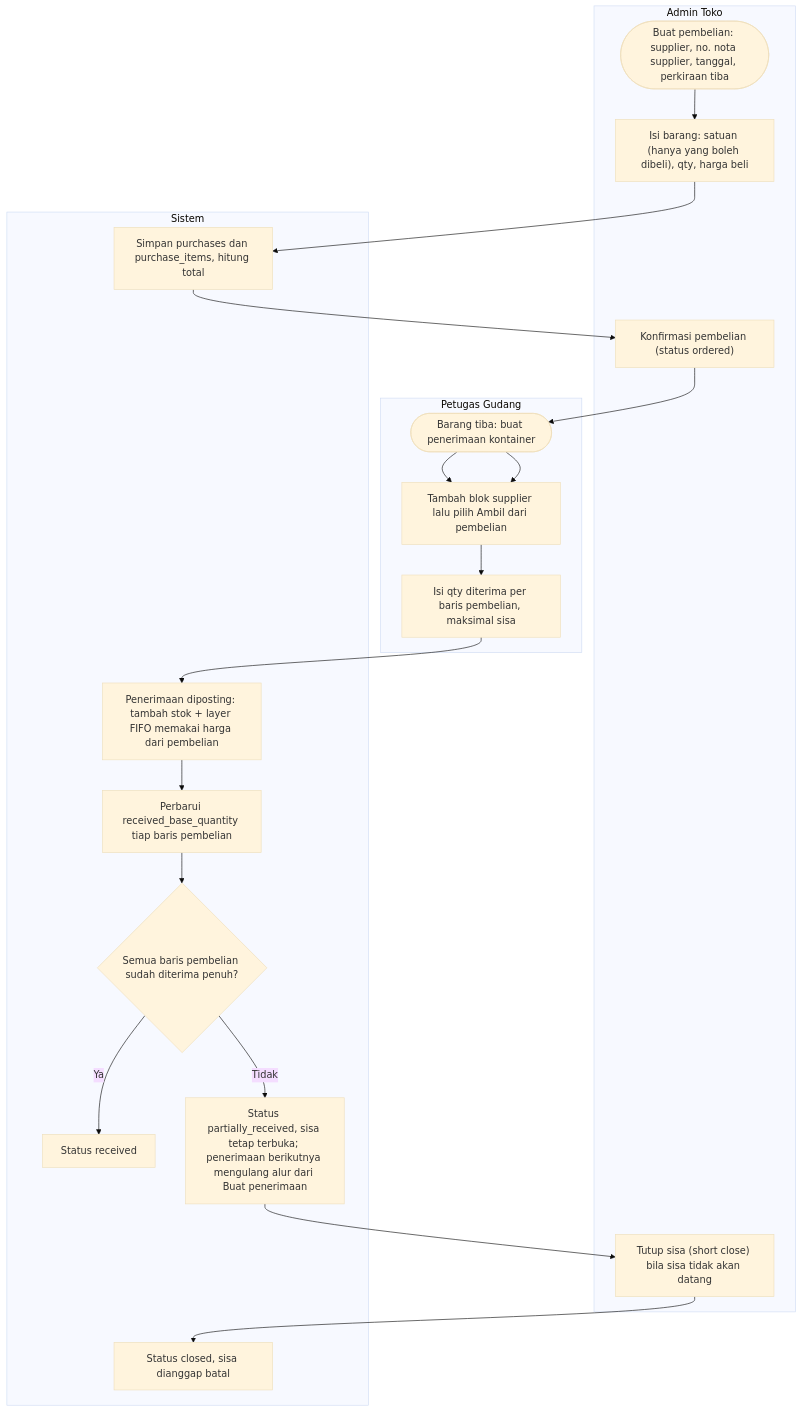
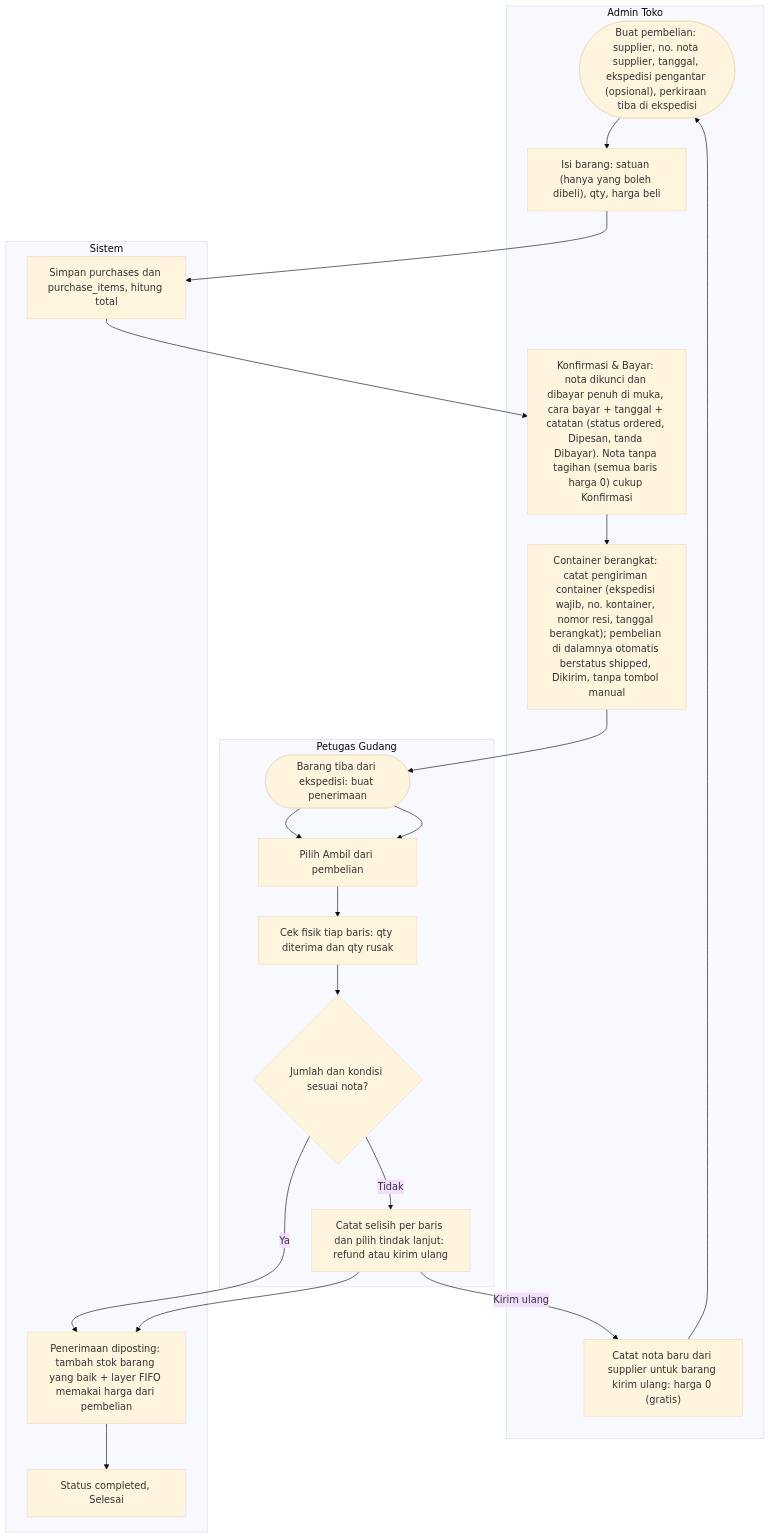
Before and after one commit to aliefpraditya/store-management: diagram 13 of 30 in docs/analisis-sistem.md, drawn with Mermaid (base theme). The commit also changed other lines of this file and 60 other files, not shown here.

First line of the commit message:
Add carriers, supplier details, purchase payment and a simpler purchase status flow

````diff
--- a/docs/analisis-sistem.md
+++ b/docs/analisis-sistem.md
@@ -762,27 +762,27 @@
 ```mermaid
 flowchart TD
     subgraph ADM["Admin Toko"]
-        A1(["Buat pembelian: supplier, no. nota supplier, tanggal, perkiraan tiba"]) --> A2["Isi barang: satuan (hanya yang boleh dibeli), qty, harga beli"]
-        A3["Konfirmasi pembelian (status ordered)"]
-        A9["Tutup sisa (short close) bila sisa tidak akan datang"]
+        A1(["Buat pembelian: supplier, no. nota supplier, tanggal, ekspedisi pengantar (opsional), perkiraan tiba di ekspedisi"]) --> A2["Isi barang: satuan (hanya yang boleh dibeli), qty, harga beli"]
+        A3["Konfirmasi & Bayar: nota dikunci dan dibayar penuh di muka, cara bayar + tanggal + catatan (status ordered, Dipesan, tanda Dibayar). Nota tanpa tagihan (semua baris harga 0) cukup Konfirmasi"]
+        A4["Container berangkat: catat pengiriman container (ekspedisi wajib, no. kontainer, nomor resi, tanggal berangkat); pembelian di dalamnya otomatis berstatus shipped, Dikirim, tanpa tombol manual"]
+        A9["Catat nota baru dari supplier untuk barang kirim ulang: harga 0 (gratis)"]
     end
     subgraph GD["Petugas Gudang"]
-        G1(["Barang tiba: buat penerimaan kontainer"]) --> G2["Tambah blok supplier lalu pilih Ambil dari pembelian"]
-        G3["Isi qty diterima per baris pembelian, maksimal sisa"]
+        G1(["Barang tiba dari ekspedisi: buat penerimaan"]) --> G2["Pilih Ambil dari pembelian"]
+        G3["Cek fisik tiap baris: qty diterima dan qty rusak"]
+        G4{"Jumlah dan kondisi sesuai nota?"}
+        G5["Catat selisih per baris dan pilih tindak lanjut: refund atau kirim ulang"]
     end
     subgraph SYS["Sistem"]
         S1["Simpan purchases dan purchase_items, hitung total"]
-        S2["Penerimaan diposting: tambah stok + layer FIFO memakai harga dari pembelian"]
-        S3["Perbarui received_base_quantity tiap baris pembelian"]
-        S4{"Semua baris pembelian sudah diterima penuh?"}
-        S5["Status received"]
-        S6["Status partially_received, sisa tetap terbuka; penerimaan berikutnya mengulang alur dari Buat penerimaan"]
-        S7["Status closed, sisa dianggap batal"]
+        S2["Penerimaan diposting: tambah stok barang yang baik + layer FIFO memakai harga dari pembelian"]
+        S3["Status completed, Selesai"]
     end
     A2 --> S1 --> A3
-    A3 --> G1
-    G1 --> G2 --> G3 --> S2 --> S3 --> S4
-    S4 -->|"Ya"| S5
-    S4 -->|"Tidak"| S6
-    S6 --> A9 --> S7
+    A3 --> A4 --> G1
+    G1 --> G2 --> G3 --> G4
+    G4 -->|"Ya"| S2
+    G4 -->|"Tidak"| G5 --> S2
+    S2 --> S3
+    G5 -->|"Kirim ulang"| A9 --> A1
 ```
````
